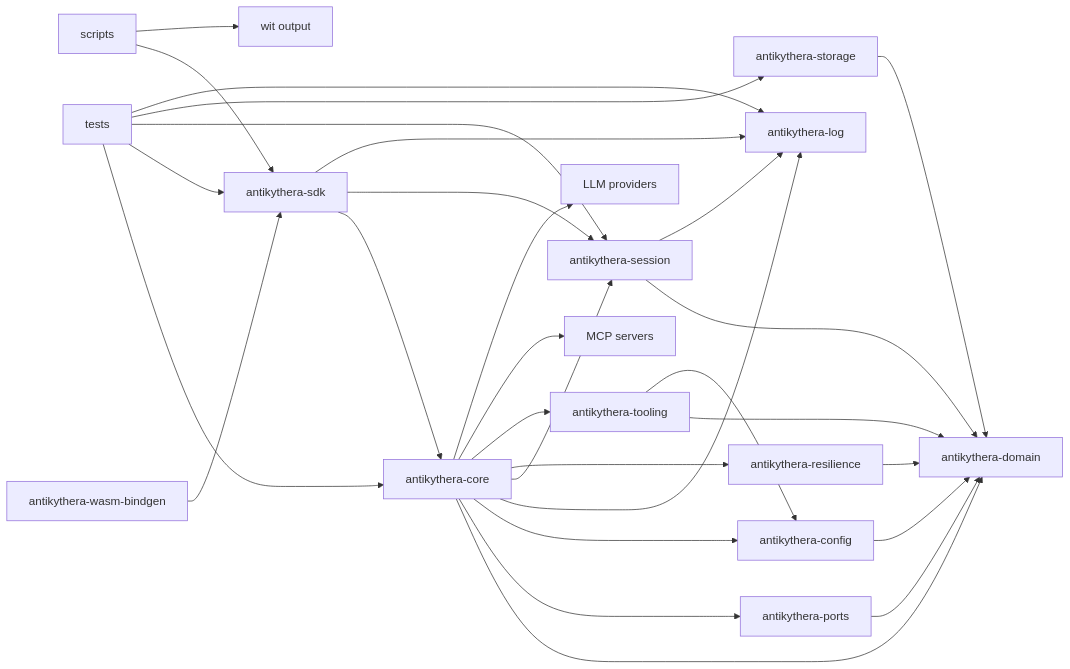
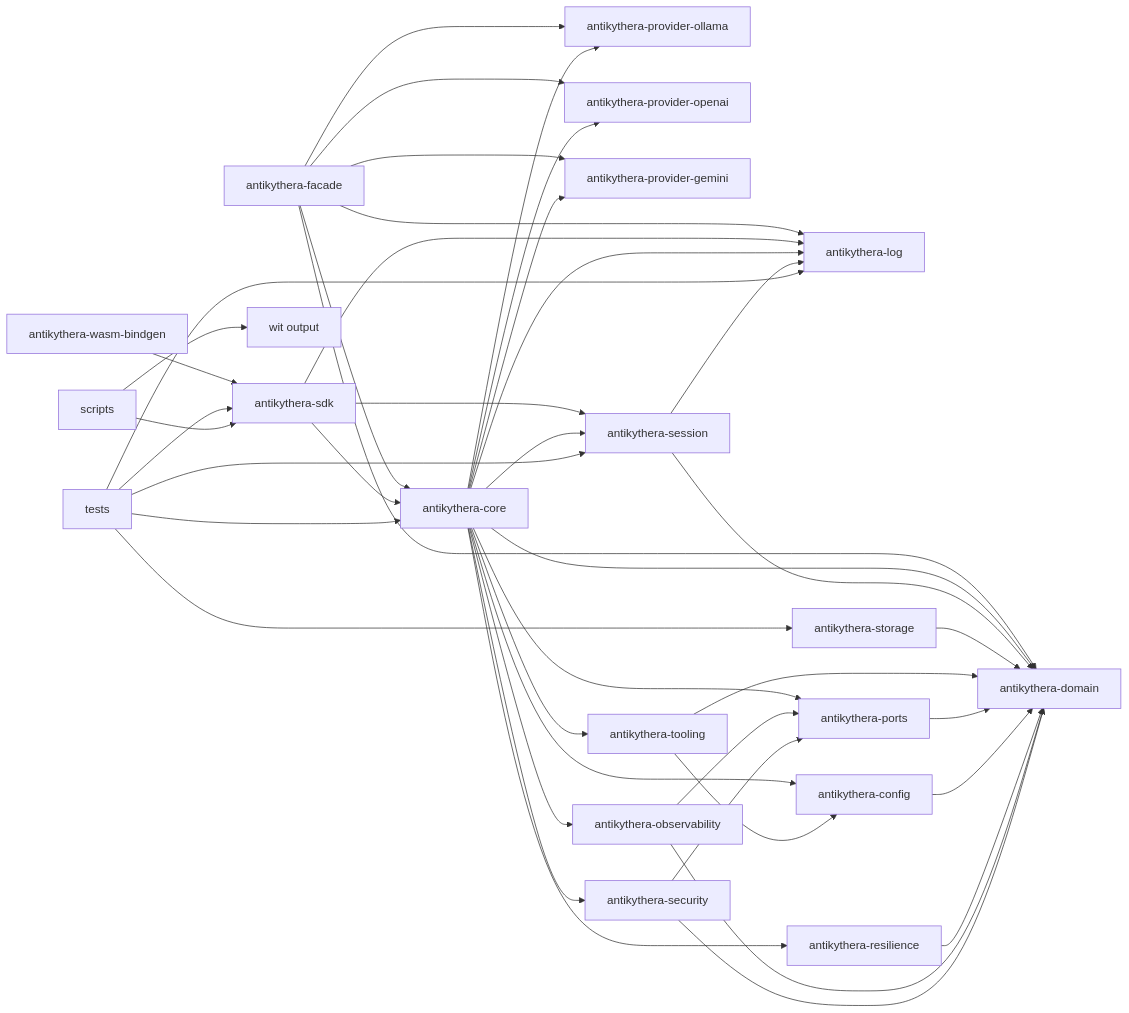
One commit to tsfarizi/antikythera-mcp-framework changed the second of 2 diagrams in documentation/WORKSPACE.md. Above: the diagram before and after it, drawn with Mermaid. The commit also changed other lines of this file and 8 other files, not shown here.

Commit message:
feat: update documentation to reflect Antikythera Agent SDK branding and architecture changes

````diff
--- a/documentation/WORKSPACE.md
+++ b/documentation/WORKSPACE.md
@@ -56,31 +97,44 @@
 ```mermaid
 flowchart LR
-    SDK[antikythera-sdk] --> CORE[antikythera-core]
+    FACADE[antikythera-facade] --> CORE[antikythera-core]
+    FACADE --> DOMAIN[antikythera-domain]
+    FACADE --> LOG[antikythera-log]
+    FACADE --> OLLAMA[antikythera-provider-ollama]
+    FACADE --> OPENAI[antikythera-provider-openai]
+    FACADE --> GEMINI[antikythera-provider-gemini]
+    SDK[antikythera-sdk] --> CORE
     SDK --> SESSION[antikythera-session]
-    SDK --> LOG[antikythera-log]
+    SDK --> LOG
     WASM_BINDGEN[antikythera-wasm-bindgen] --> SDK
-    CORE --> DOMAIN[antikythera-domain]
+    CORE --> DOMAIN
     CORE --> PORTS[antikythera-ports]
     CORE --> CONFIG[antikythera-config]
     CORE --> LOG
     CORE --> SESSION
     CORE --> RESILIENCE[antikythera-resilience]
     CORE --> TOOLING[antikythera-tooling]
-    CORE --> MCP[MCP servers]
-    CORE --> LLM[LLM providers]
+    CORE --> OBSERVABILITY[antikythera-observability]
+    CORE --> SECURITY[antikythera-security]
+    CORE --> OLLAMA
+    CORE --> OPENAI
+    CORE --> GEMINI
     SESSION --> DOMAIN
     SESSION --> LOG
     STORAGE[antikythera-storage] --> DOMAIN
     TOOLING --> DOMAIN
     TOOLING --> CONFIG
     PORTS --> DOMAIN
     CONFIG --> DOMAIN
     RESILIENCE --> DOMAIN
+    OBSERVABILITY --> DOMAIN
+    OBSERVABILITY --> PORTS
+    SECURITY --> DOMAIN
+    SECURITY --> PORTS
     TESTS[tests] --> CORE
     TESTS --> SDK
     TESTS --> SESSION
     TESTS --> STORAGE
     TESTS --> LOG
     SCRIPTS[scripts] --> SDK
     SCRIPTS --> WIT[wit output]
 ```
````
